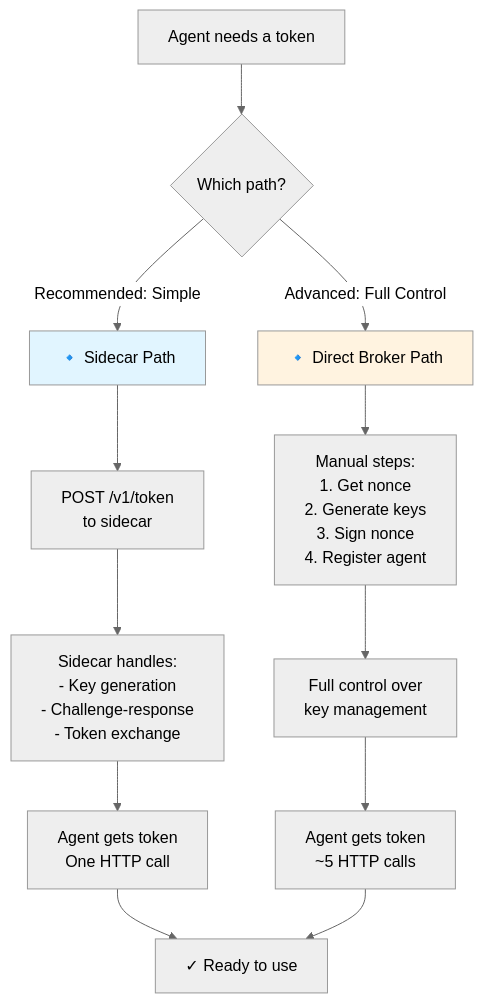
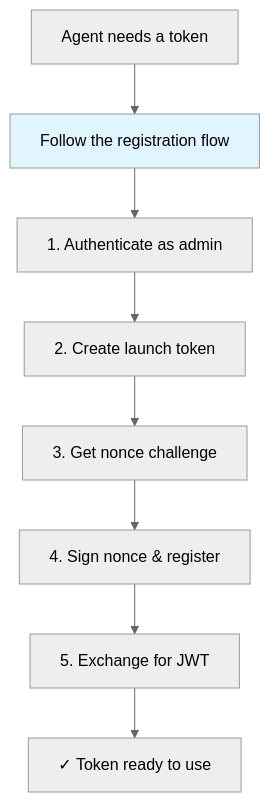
One commit to devonartis/agentwrit changed the diagram in docs/getting-started-user.md. Above: the diagram before and after it, drawn with Mermaid (neutral theme). The commit also changed other lines of this file and 21 other files, not shown here.

````diff
--- a/docs/getting-started-user.md
+++ b/docs/getting-started-user.md
@@ -149,20 +123,12 @@
 ```mermaid
 flowchart TD
-    A["Agent needs a token"] --> B{"Which path?"}
-    B -->|"Recommended: Simple"| C["🔹 Sidecar Path"]
-    B -->|"Advanced: Full Control"| D["🔹 Direct Broker Path"]
+    A["Agent needs a token"] --> B["Follow the registration flow"]
+    B --> B1["1. Authenticate as admin"]
+    B1 --> B2["2. Create launch token"]
+    B2 --> B3["3. Get nonce challenge"]
+    B3 --> B4["4. Sign nonce & register"]
+    B4 --> B5["5. Exchange for JWT"]
+    B5 --> C["✓ Token ready to use"]
 
-    C --> C1["POST /v1/token<br/>to sidecar"]
-    C1 --> C2["Sidecar handles:<br/>- Key generation<br/>- Challenge-response<br/>- Token exchange"]
-    C2 --> C3["Agent gets token<br/>One HTTP call"]
-
-    D --> D1["Manual steps:<br/>1. Get nonce<br/>2. Generate keys<br/>3. Sign nonce<br/>4. Register agent"]
-    D1 --> D2["Full control over<br/>key management"]
-    D2 --> D3["Agent gets token<br/>~5 HTTP calls"]
-
-    C3 --> E["✓ Ready to use"]
-    D3 --> E["✓ Ready to use"]
-
-    style C fill:#e1f5ff
-    style D fill:#fff3e0
+    style B fill:#e1f5ff
 ```
````
